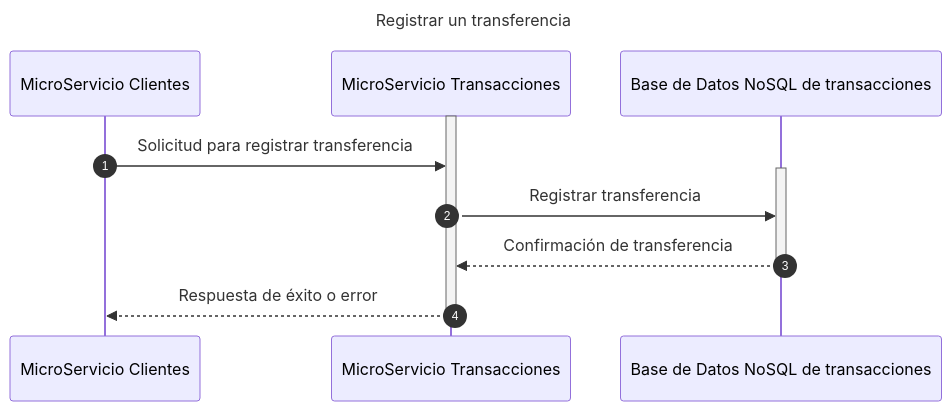
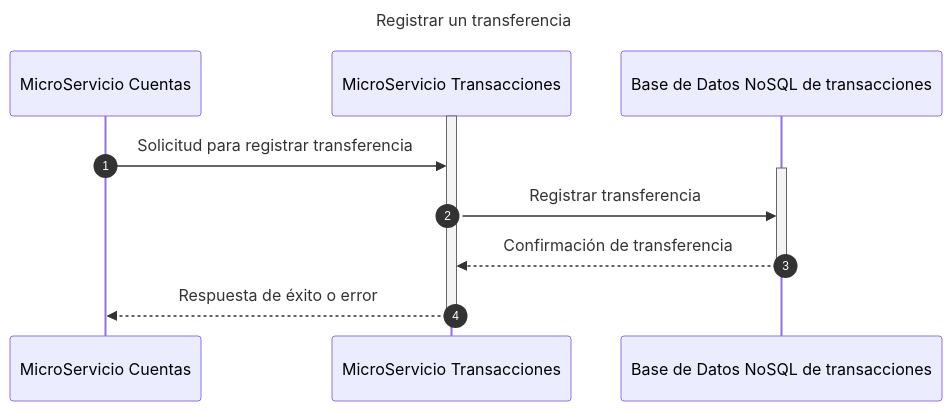
Diagram 16 of 17 in Documentacion/DiagramaDeSecuencia.md (dannyverap/transactionms), drawn with Mermaid before and after one commit. The commit also changed other lines of this file, not shown here.

````diff
--- a/Documentacion/DiagramaDeSecuencia.md
+++ b/Documentacion/DiagramaDeSecuencia.md
@@ -395,16 +395,16 @@
 ```mermaid
 sequenceDiagram
     title Registrar un transferencia
     autonumber
-    participant MsCliente as MicroServicio Clientes
+    participant MsCuenta as MicroServicio Cuentas
     participant MsTransaction as MicroServicio Transacciones
     participant TransactionDb as Base de Datos NoSQL de transacciones
     activate MsTransaction
-    MsCliente ->> MsTransaction: Solicitud para registrar transferencia
+    MsCuenta ->> MsTransaction: Solicitud para registrar transferencia
     activate TransactionDb
     MsTransaction ->> TransactionDb: Registrar transferencia
     TransactionDb -->> MsTransaction: Confirmación de transferencia
     deactivate TransactionDb
-    MsTransaction -->> MsCliente: Respuesta de éxito o error
+    MsTransaction -->> MsCuenta: Respuesta de éxito o error
     deactivate MsTransaction
 ```
````
